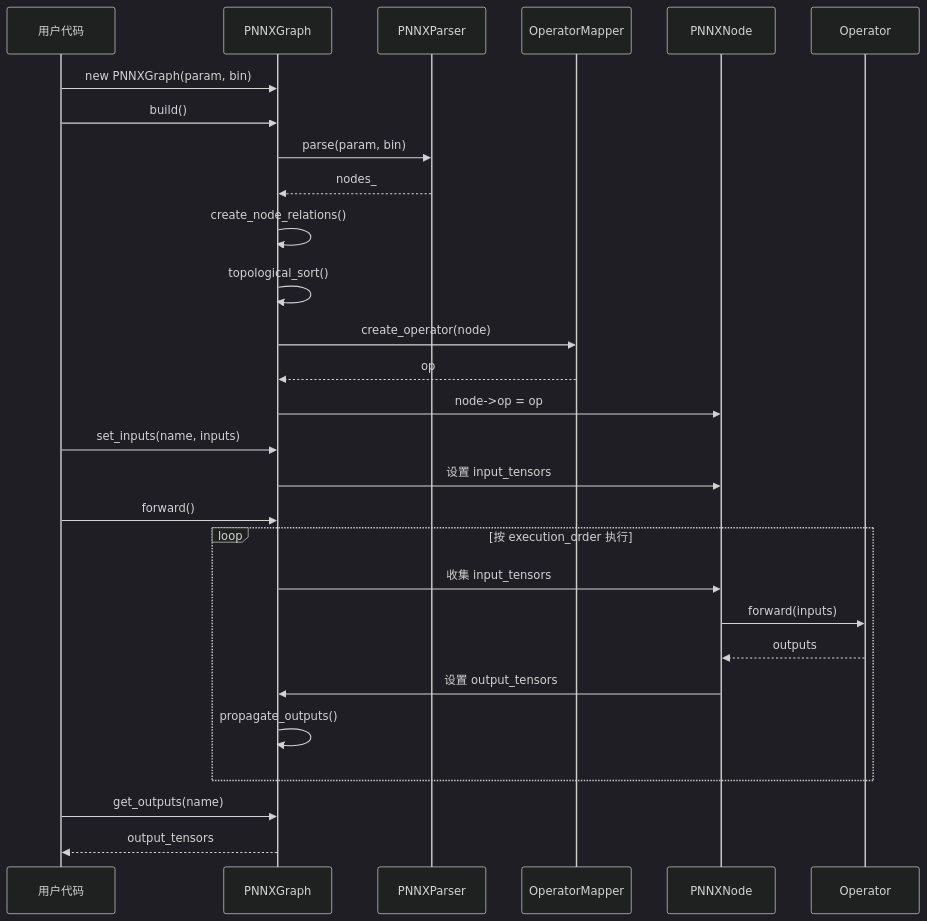
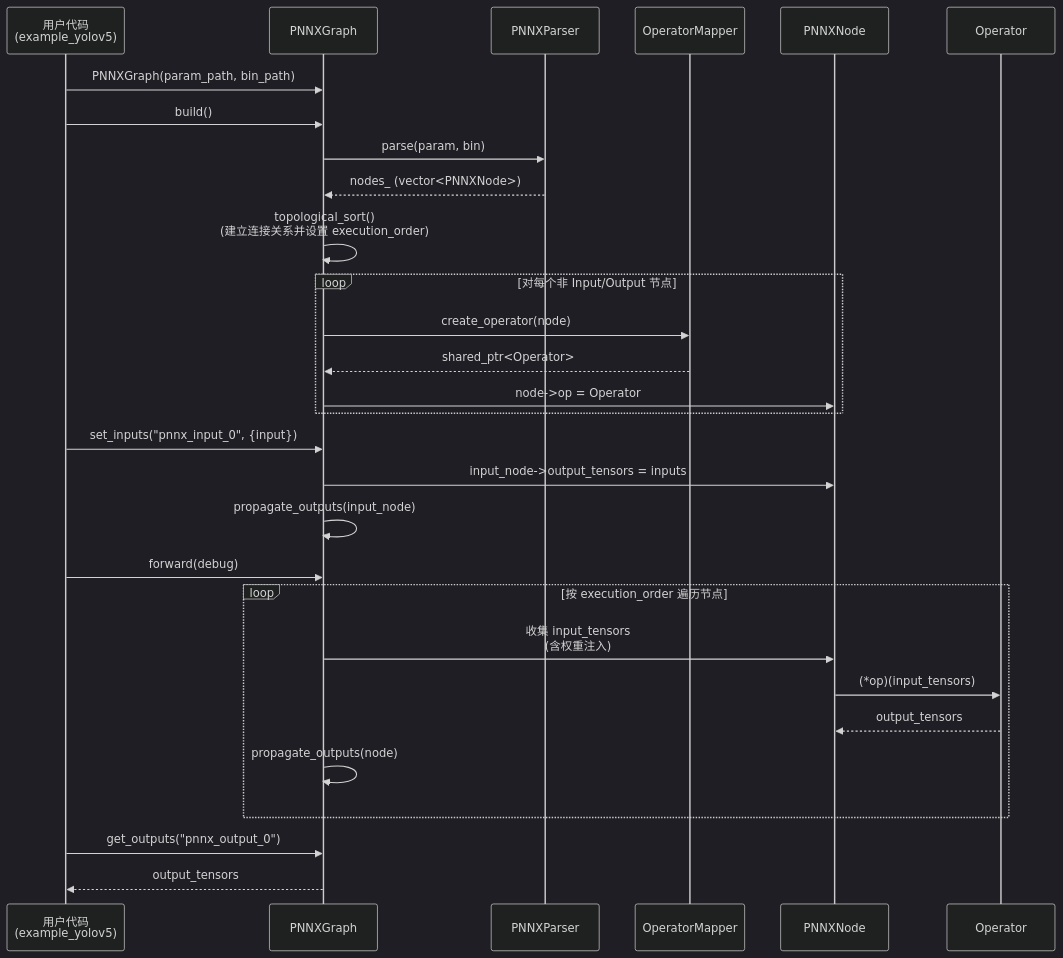
Diagram 47 of 51 in docs/design/architecture.md (jinbooooom/OriginDL), drawn with Mermaid (dark theme) before and after one commit. The commit also changed other lines of this file and 12 other files, not shown here.

````diff
--- a/docs/design/architecture.md
+++ b/docs/design/architecture.md
@@ -2465,34 +2540,35 @@
 ```mermaid
 sequenceDiagram
-    participant User as 用户代码
+    participant User as 用户代码<br/>(example_yolov5)
     participant Graph as PNNXGraph
     participant Parser as PNNXParser
     participant Mapper as OperatorMapper
     participant Node as PNNXNode
     participant Op as Operator
     
-    User->>Graph: new PNNXGraph(param, bin)
+    User->>Graph: PNNXGraph(param_path, bin_path)
     User->>Graph: build()
     Graph->>Parser: parse(param, bin)
-    Parser-->>Graph: nodes_
-    Graph->>Graph: create_node_relations()
-    Graph->>Graph: topological_sort()
-    Graph->>Mapper: create_operator(node)
-    Mapper-->>Graph: op
-    Graph->>Node: node->op = op
-    
-    User->>Graph: set_inputs(name, inputs)
-    Graph->>Node: 设置 input_tensors
-    
-    User->>Graph: forward()
-    loop 按 execution_order 执行
-        Graph->>Node: 收集 input_tensors
-        Node->>Op: forward(inputs)
-        Op-->>Node: outputs
-        Node->>Graph: 设置 output_tensors
-        Graph->>Graph: propagate_outputs()
+    Parser-->>Graph: nodes_ (vector<PNNXNode>)
+    Graph->>Graph: topological_sort()<br/>(建立连接关系并设置 execution_order)
+    loop 对每个非 Input/Output 节点
+        Graph->>Mapper: create_operator(node)
+        Mapper-->>Graph: shared_ptr<Operator>
+        Graph->>Node: node->op = Operator
     end
     
-    User->>Graph: get_outputs(name)
+    User->>Graph: set_inputs("pnnx_input_0", {input})
+    Graph->>Node: input_node->output_tensors = inputs
+    Graph->>Graph: propagate_outputs(input_node)
+    
+    User->>Graph: forward(debug)
+    loop 按 execution_order 遍历节点
+        Graph->>Node: 收集 input_tensors<br/>(含权重注入)
+        Node->>Op: (*op)(input_tensors)
+        Op-->>Node: output_tensors
+        Graph->>Graph: propagate_outputs(node)
+    end
+    
+    User->>Graph: get_outputs("pnnx_output_0")
     Graph-->>User: output_tensors
 ```
````
